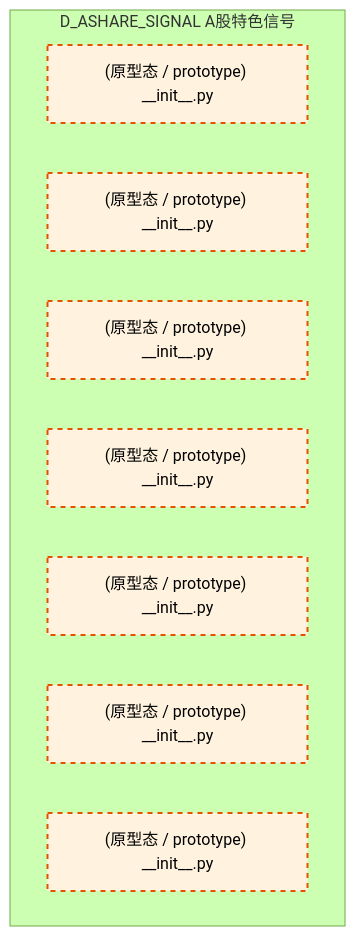
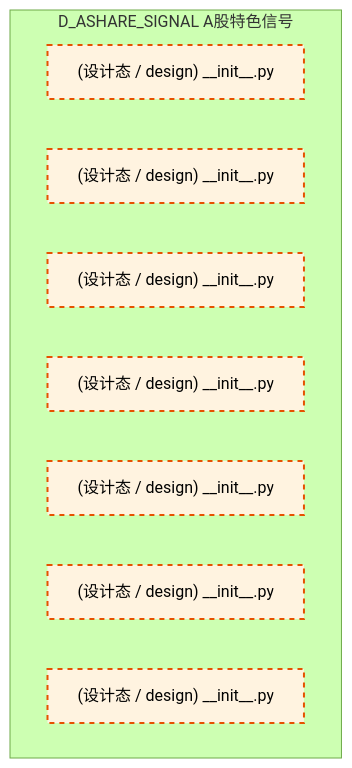
The second of 2 diagrams in docs/02_enterprise_architecture/02_domain_architecture_docs/27_d_ashare_signal.md (xuanFelixVan/ZephyrAlpha), drawn with Mermaid (forest theme) before and after one commit. The commit also changed other lines of this file and 177 other files, not shown here.

````diff
--- a/docs/02_enterprise_architecture/02_domain_architecture_docs/27_d_ashare_signal.md
+++ b/docs/02_enterprise_architecture/02_domain_architecture_docs/27_d_ashare_signal.md
@@ -103,17 +102,17 @@
 ```mermaid
 graph TD
     subgraph D_ASHARE_SIGNAL["D_ASHARE_SIGNAL A股特色信号"]
-        src_zephyr_signal_ashare_init_py["(原型态 / prototype) __init__.py"]
-        src_zephyr_signal_ashare_extensions_init_py["(原型态 / prototype) __init__.py"]
-        src_zephyr_signal_ashare_api_init_py["(原型态 / prototype) __init__.py"]
-        src_zephyr_signal_ashare_core_init_py["(原型态 / prototype) __init__.py"]
-        src_zephyr_signal_ashare_infrastructure_init_py["(原型态 / prototype) __init__.py"]
-        src_zephyr_signal_ashare_models_init_py["(原型态 / prototype) __init__.py"]
-        src_zephyr_signal_ashare_services_init_py["(原型态 / prototype) __init__.py"]
+        src_zephyr_signal_ashare_init_py["(设计态 / design) __init__.py"]
+        src_zephyr_signal_ashare_extensions_init_py["(设计态 / design) __init__.py"]
+        src_zephyr_signal_ashare_api_init_py["(设计态 / design) __init__.py"]
+        src_zephyr_signal_ashare_core_init_py["(设计态 / design) __init__.py"]
+        src_zephyr_signal_ashare_infrastructure_init_py["(设计态 / design) __init__.py"]
+        src_zephyr_signal_ashare_models_init_py["(设计态 / design) __init__.py"]
+        src_zephyr_signal_ashare_services_init_py["(设计态 / design) __init__.py"]
     end
     classDef production fill:#e1f5fe,stroke:#01579b,stroke-width:2px,color:#000
     classDef design fill:#fff3e0,stroke:#e65100,stroke-width:2px,color:#000,stroke-dasharray: 5 5
     classDef external_prod fill:#e8f5e9,stroke:#1b5e20,stroke-width:1px,color:#000
     classDef external_design fill:#fce4ec,stroke:#880e4f,stroke-width:1px,color:#000,stroke-dasharray: 5 5
     class src_zephyr_signal_ashare_init_py,src_zephyr_signal_ashare_extensions_init_py,src_zephyr_signal_ashare_api_init_py,src_zephyr_signal_ashare_core_init_py,src_zephyr_signal_ashare_infrastructure_init_py,src_zephyr_signal_ashare_models_init_py,src_zephyr_signal_ashare_services_init_py design
 ```
````
